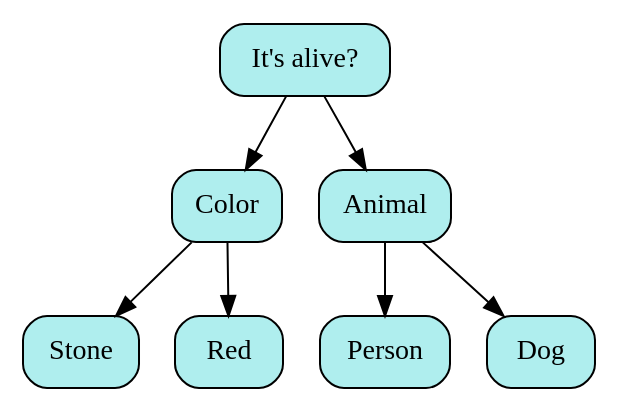
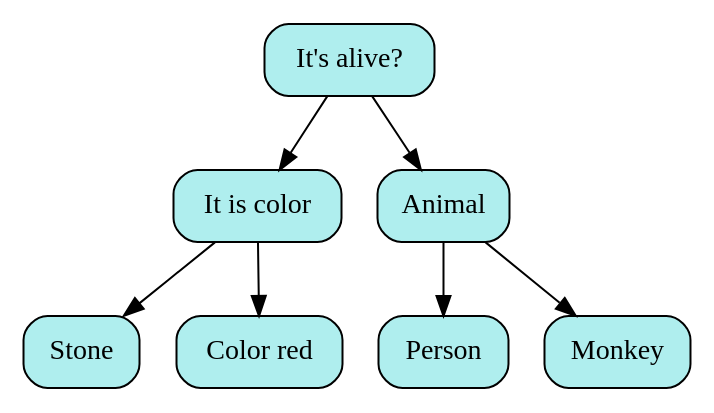
One commit to SashaKhaytina/Akinator changed the diagram in pictures/image03.dot. Above: the diagram before and after it, drawn with Graphviz. The commit also changed 8 other files, not shown here.

```diff
--- a/pictures/image03.dot
+++ b/pictures/image03.dot
@@ -1,17 +1,17 @@
 digraph
 {
 rankdir = TB;
-POINT_0x63f77b2fa480[shape=Mrecord, label = "It's alive?", style="filled",fillcolor="#AFEEEE"]
-POINT_0x63f77b2fa640[shape=Mrecord, label = "Color", style="filled",fillcolor="#AFEEEE"]
-POINT_0x63f77b2fc3d0[shape=Mrecord, label = "Stone", style="filled",fillcolor="#AFEEEE"]
-POINT_0x63f77b2fc2f0[shape=Mrecord, label = "Red", style="filled",fillcolor="#AFEEEE"]
-POINT_0x63f77b2fa560[shape=Mrecord, label = "Animal", style="filled",fillcolor="#AFEEEE"]
-POINT_0x63f77b2fc210[shape=Mrecord, label = "Person", style="filled",fillcolor="#AFEEEE"]
-POINT_0x63f77b2fc130[shape=Mrecord, label = "Dog", style="filled",fillcolor="#AFEEEE"]
-POINT_0x63f77b2fa480 -> POINT_0x63f77b2fa640
-POINT_0x63f77b2fa480 -> POINT_0x63f77b2fa560
-POINT_0x63f77b2fa640 -> POINT_0x63f77b2fc3d0
-POINT_0x63f77b2fa640 -> POINT_0x63f77b2fc2f0
-POINT_0x63f77b2fa560 -> POINT_0x63f77b2fc210
-POINT_0x63f77b2fa560 -> POINT_0x63f77b2fc130
+POINT_0x61fda3fa72a0[shape=Mrecord, label = "It's alive?", style="filled",fillcolor="#AFEEEE"]
+POINT_0x61fda3fa7460[shape=Mrecord, label = "It is color", style="filled",fillcolor="#AFEEEE"]
+POINT_0x61fda3fa81e0[shape=Mrecord, label = "Stone", style="filled",fillcolor="#AFEEEE"]
+POINT_0x61fda3fa8100[shape=Mrecord, label = "Color red", style="filled",fillcolor="#AFEEEE"]
+POINT_0x61fda3fa7380[shape=Mrecord, label = "Animal", style="filled",fillcolor="#AFEEEE"]
+POINT_0x61fda3fa8020[shape=Mrecord, label = "Person", style="filled",fillcolor="#AFEEEE"]
+POINT_0x61fda3fa7f40[shape=Mrecord, label = "Monkey", style="filled",fillcolor="#AFEEEE"]
+POINT_0x61fda3fa72a0 -> POINT_0x61fda3fa7460
+POINT_0x61fda3fa72a0 -> POINT_0x61fda3fa7380
+POINT_0x61fda3fa7460 -> POINT_0x61fda3fa81e0
+POINT_0x61fda3fa7460 -> POINT_0x61fda3fa8100
+POINT_0x61fda3fa7380 -> POINT_0x61fda3fa8020
+POINT_0x61fda3fa7380 -> POINT_0x61fda3fa7f40
 }
```
